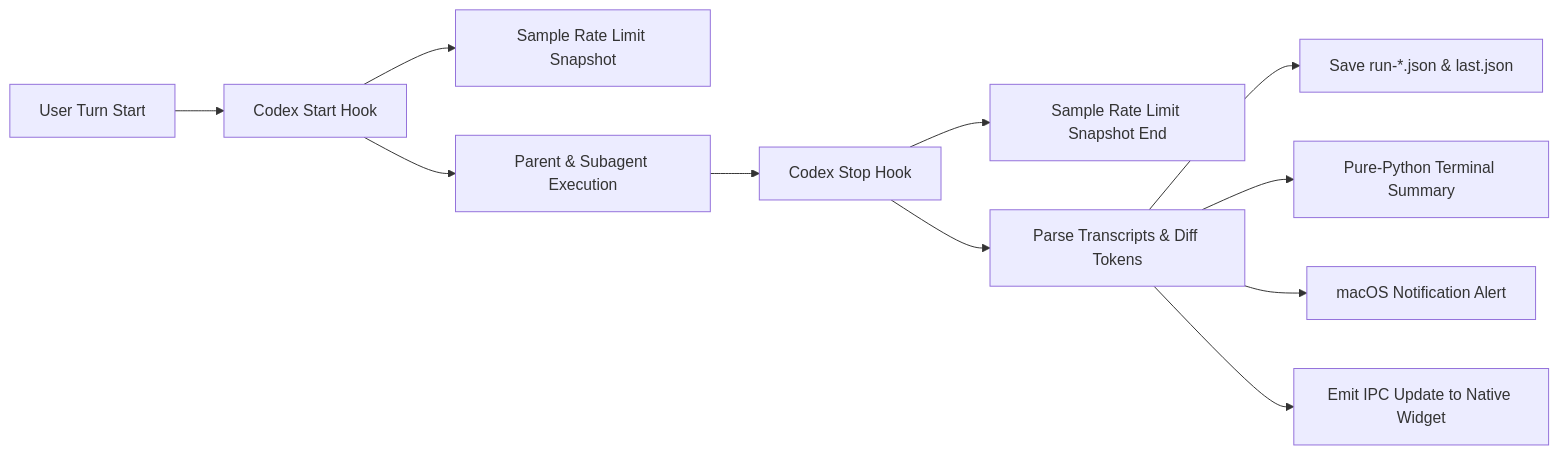
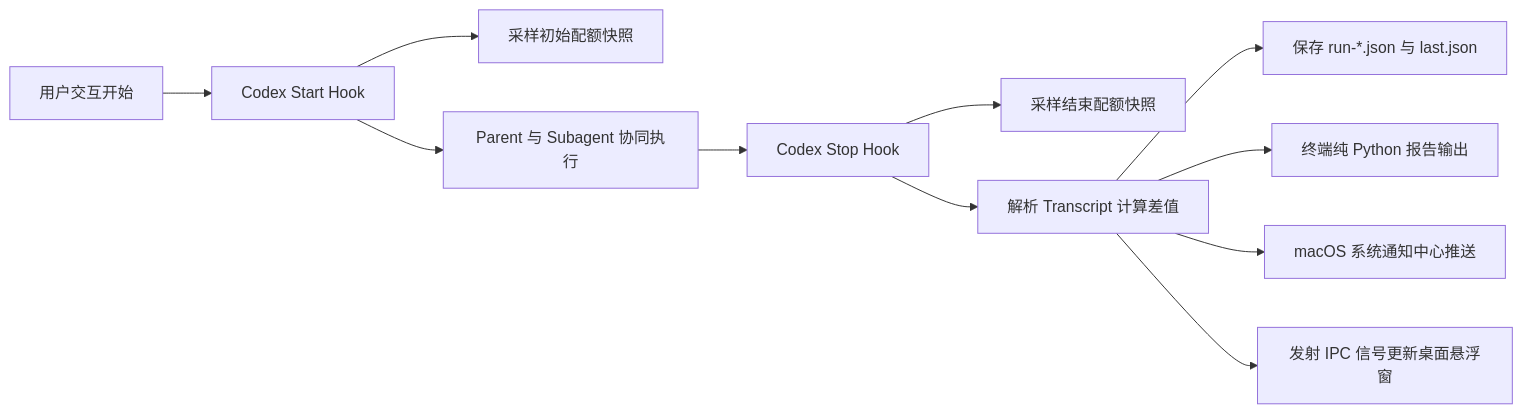
The diagram in docs/telemetry.md (ParsifalC/codex-flow), drawn with Mermaid before and after one commit. The commit also changed other lines of this file and 34 other files, not shown here.

Commit message:
docs & feat: complete bilingual documentation suite, unify FlowPilot branding, and optimize screenshots with crunch

````diff
--- a/docs/telemetry.md
+++ b/docs/telemetry.md
@@ -19,13 +25,13 @@
 ```mermaid
 flowchart LR
-    User[User Turn Start] --> HookStart[Codex Start Hook]
-    HookStart --> AppServerStart[Sample Rate Limit Snapshot]
-    HookStart --> Execute[Parent & Subagent Execution]
+    User[用户交互开始] --> HookStart[Codex Start Hook]
+    HookStart --> AppServerStart[采样初始配额快照]
+    HookStart --> Execute[Parent 与 Subagent 协同执行]
     Execute --> HookStop[Codex Stop Hook]
-    HookStop --> AppServerEnd[Sample Rate Limit Snapshot End]
-    HookStop --> TranscriptCollector[Parse Transcripts & Diff Tokens]
-    TranscriptCollector --> LocalJSON[Save run-*.json & last.json]
-    TranscriptCollector --> Formatter[Pure-Python Terminal Summary]
-    TranscriptCollector --> Notification[macOS Notification Alert]
-    TranscriptCollector --> OverlayIPC[Emit IPC Update to Native Widget]
+    HookStop --> AppServerEnd[采样结束配额快照]
+    HookStop --> TranscriptCollector[解析 Transcript 计算差值]
+    TranscriptCollector --> LocalJSON[保存 run-*.json 与 last.json]
+    TranscriptCollector --> Formatter[终端纯 Python 报告输出]
+    TranscriptCollector --> Notification[macOS 系统通知中心推送]
+    TranscriptCollector --> OverlayIPC[发射 IPC 信号更新桌面悬浮窗]
 ```
````
